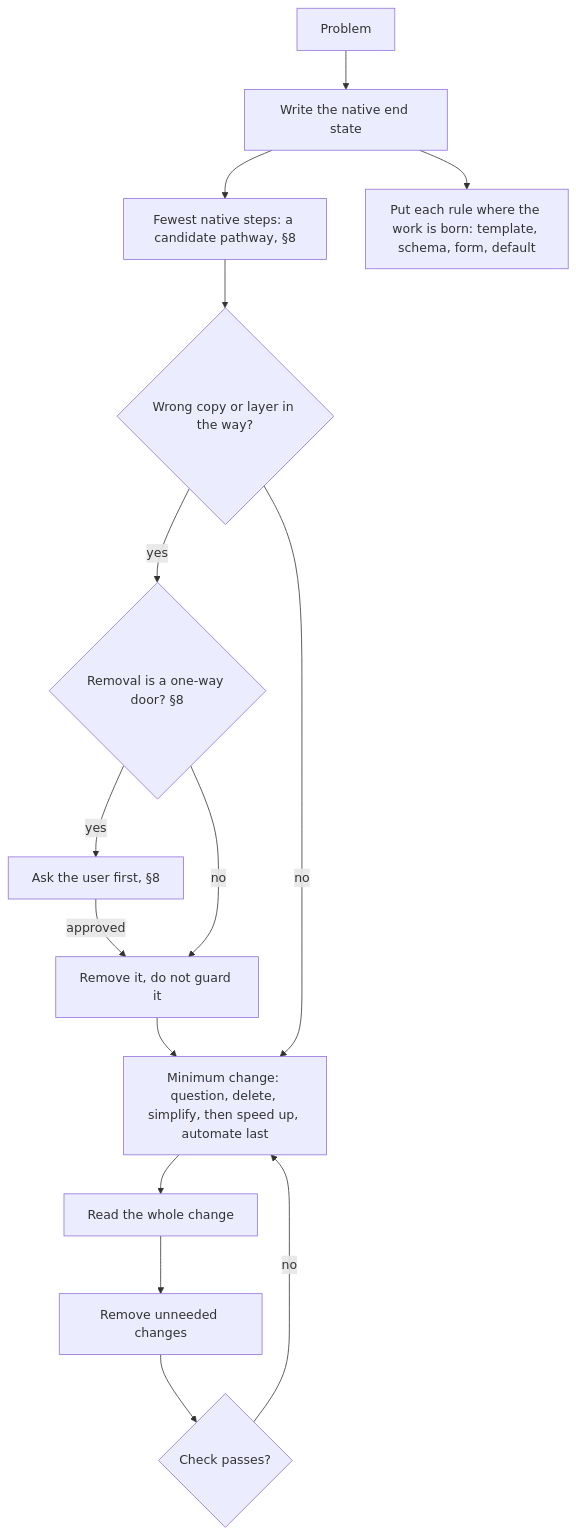
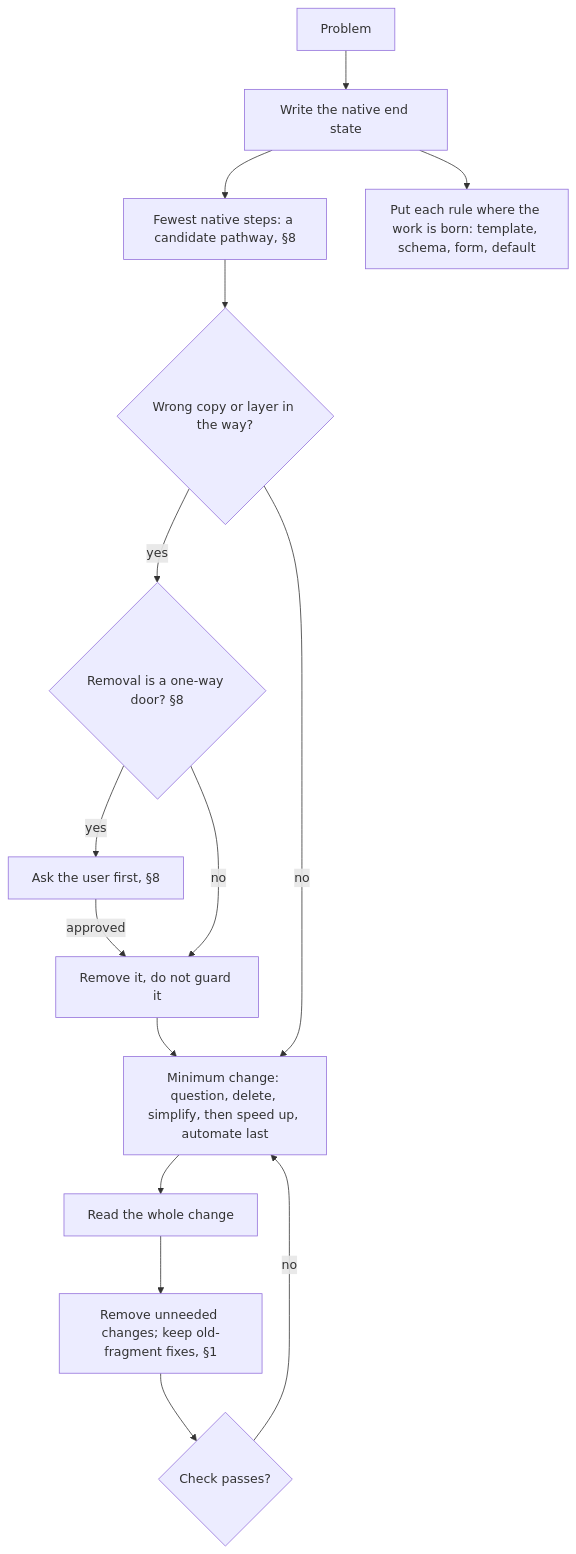
Before and after one commit to SolenixAI/arbiter: the tenth of 14 diagrams in AGENTS.md, drawn with Mermaid. The commit also changed other lines of this file, not shown here.

````diff
--- a/AGENTS.md
+++ b/AGENTS.md
@@ -406,11 +405,11 @@
 ```mermaid
 flowchart TD
   P[Problem] --> E[Write the native end state] --> N[Fewest native steps: a candidate pathway, §8]
   N --> W{Wrong copy or layer in the way?}
   W -->|yes| O{Removal is a one-way door? §8}
   E --> RB[Put each rule where the work is born: template, schema, form, default]
   O -->|yes| AS[Ask the user first, §8] -->|approved| X
   O -->|no| X[Remove it, do not guard it] --> M
-  W -->|no| M[Minimum change: question, delete, simplify, then speed up, automate last] --> D[Read the whole change] --> R[Remove unneeded changes] --> C{Check passes?}
+  W -->|no| M[Minimum change: question, delete, simplify, then speed up, automate last] --> D[Read the whole change] --> R["Remove unneeded changes; keep old-fragment fixes, §1"] --> C{Check passes?}
   C -->|no| M
 ```
````
